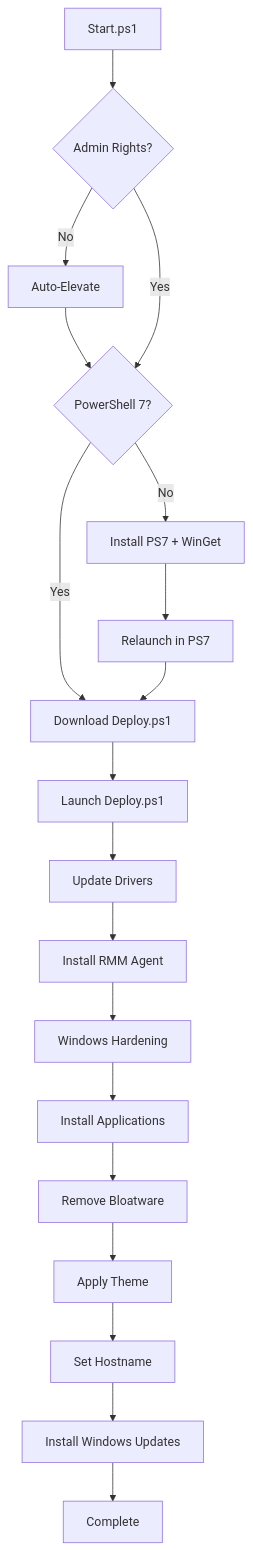
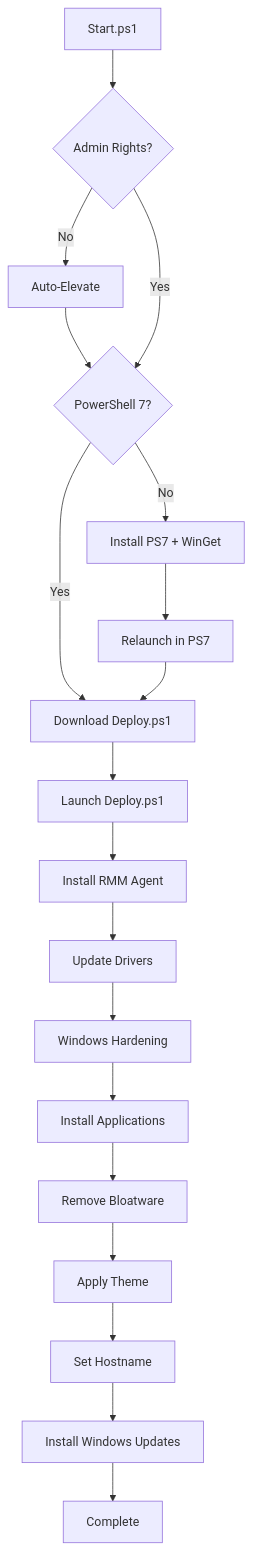
One commit to Stensel8/WinDeploy changed the diagram in README.md. Above: the diagram before and after it, drawn with Mermaid. The commit also changed 3 other files, not shown here.

Commit message:
RMM Agent installing earlier

````diff
--- a/README.md
+++ b/README.md
@@ -57,21 +57,21 @@
 ```mermaid
 graph TD
     A[Start.ps1] --> B{Admin Rights?}
     B -->|No| C[Auto-Elevate]
     C --> D{PowerShell 7?}
     B -->|Yes| D
     D -->|No| E[Install PS7 + WinGet]
     E --> F[Relaunch in PS7]
     D -->|Yes| G[Download Deploy.ps1]
     F --> G
     G --> H[Launch Deploy.ps1]
-    H --> I[Update Drivers]
-    I --> J[Install RMM Agent]
+    H --> I[Install RMM Agent]
+    I --> J[Update Drivers]
     J --> K[Windows Hardening]
     K --> L[Install Applications]
     L --> M[Remove Bloatware]
     M --> N[Apply Theme]
     N --> O[Set Hostname]
     O --> P[Install Windows Updates]
     P --> Q[Complete]
 ```
````
